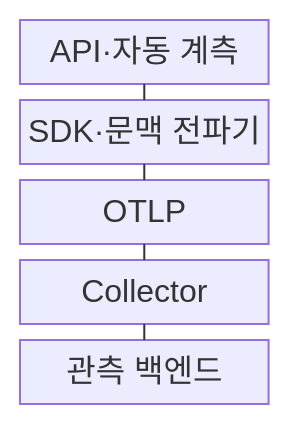
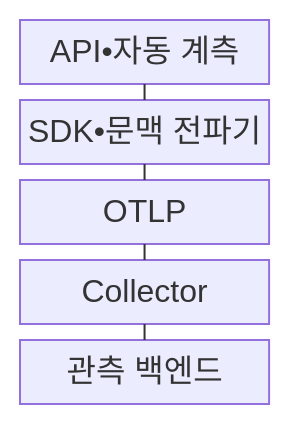
The first of 2 diagrams in src/content/docs/notes/03-software/162_opentelemetry.md (agnusdei1207/knowledge-base), drawn with Mermaid before and after one commit. The commit also changed other lines of this file and 953 other files, not shown here.

````diff
--- a/src/content/docs/notes/03-software/162_opentelemetry.md
+++ b/src/content/docs/notes/03-software/162_opentelemetry.md
@@ -71,13 +71,13 @@
 ```mermaid
 block
     columns 1
-    A["API·자동 계측"]
-    B["SDK·문맥 전파기"]
+    A["API•자동 계측"]
+    B["SDK•문맥 전파기"]
     C["OTLP"]
     D["Collector"]
     E["관측 백엔드"]
     A --- B
     B --- C
     C --- D
     D --- E
 ```
````
